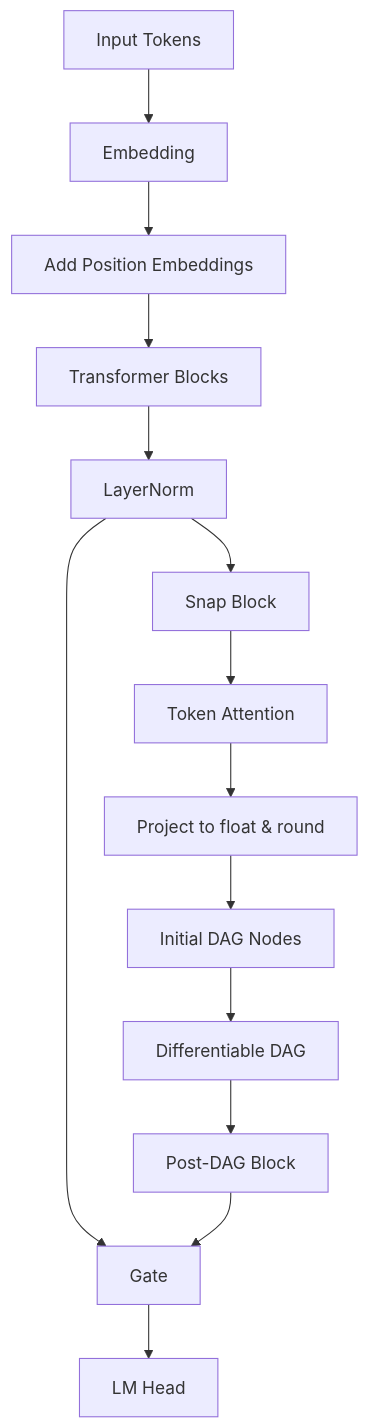
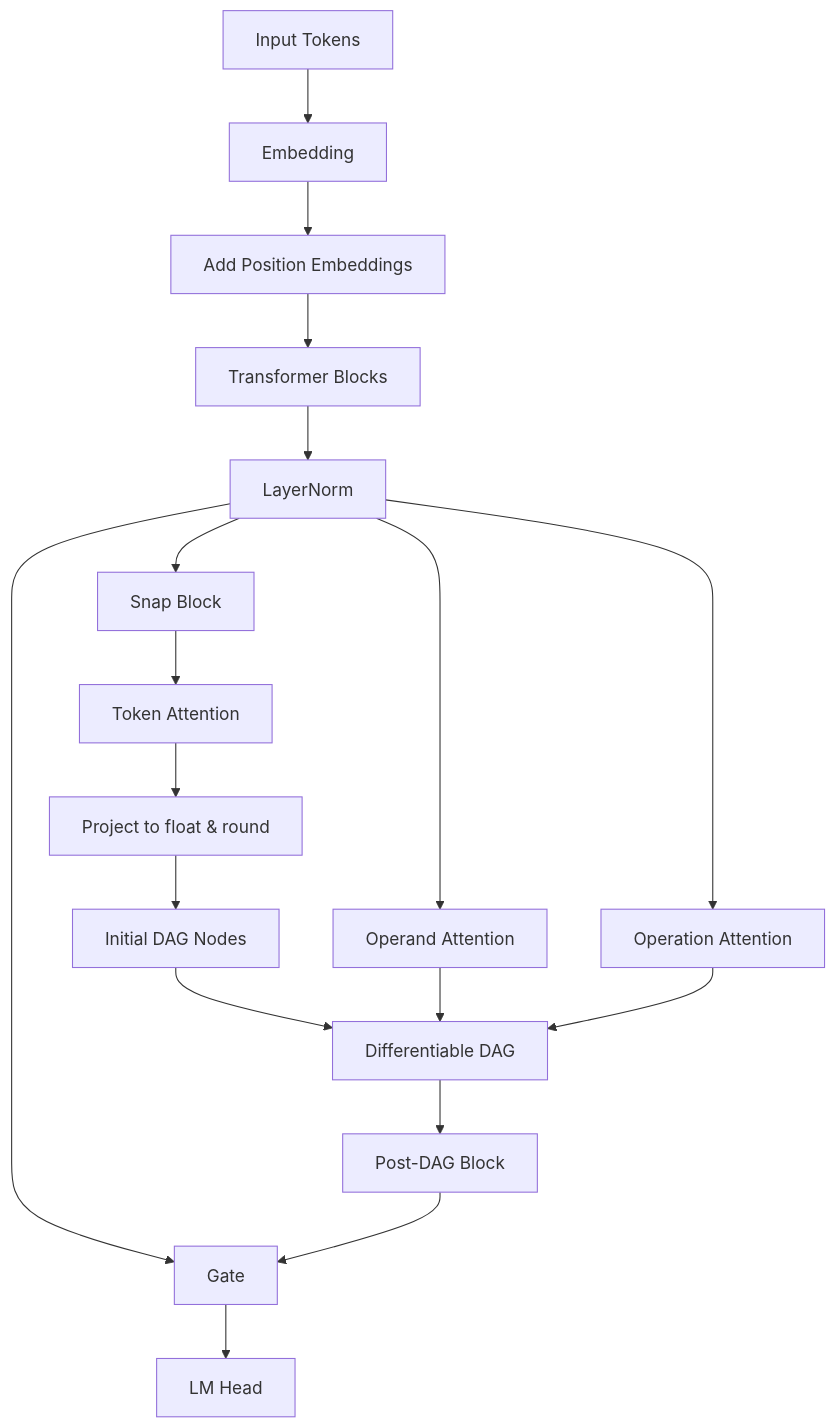
Before and after one commit to marict/nanoGPT-llm-extraction: the diagram in README.md, drawn with Mermaid. The commit also changed other lines of this file, not shown here.

Commit message:
Update architecture diagram

````diff
--- a/README.md
+++ b/README.md
@@ -20,16 +21,20 @@
 ```mermaid
 flowchart TD
     A[Input Tokens] --> B[Embedding]
     B --> C[Add Position Embeddings]
     C --> D[Transformer Blocks]
     D --> E[LayerNorm]
     E --> F[Snap Block]
     F --> G[Token Attention]
     G --> H[Project to float & round]
     H --> I[Initial DAG Nodes]
+    E --> O[Operand Attention]
+    E --> P[Operation Attention]
     I --> J[Differentiable DAG]
+    O --> J
+    P --> J
     J --> K[Post-DAG Block]
     E --> L[Gate]
     K --> L
     L --> M[LM Head]
 ```
````
